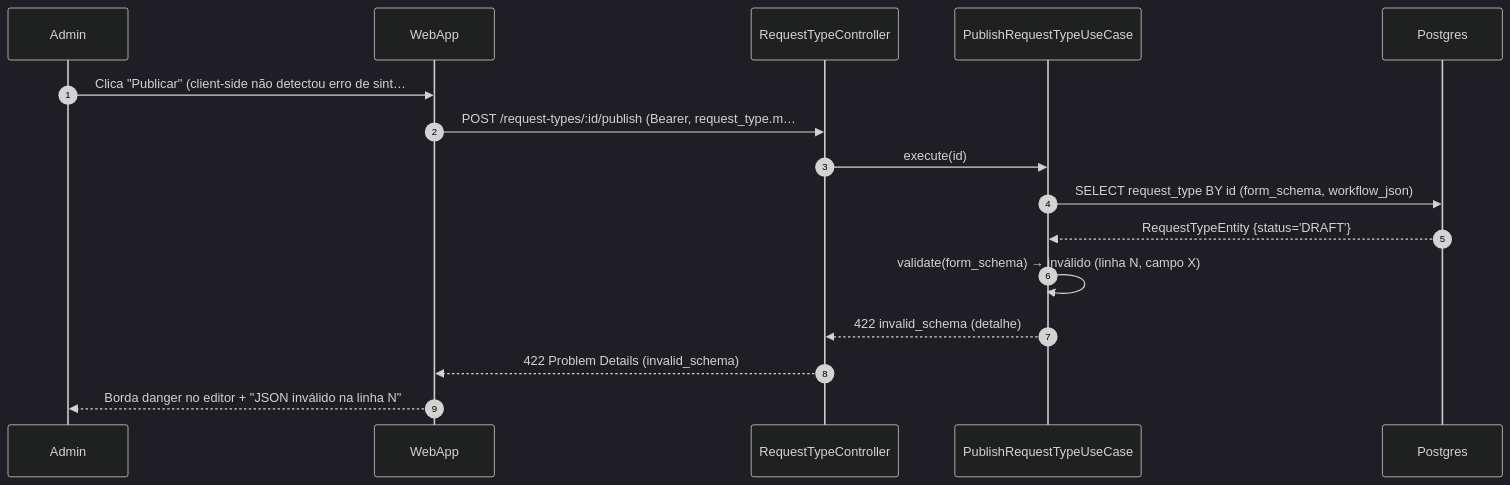
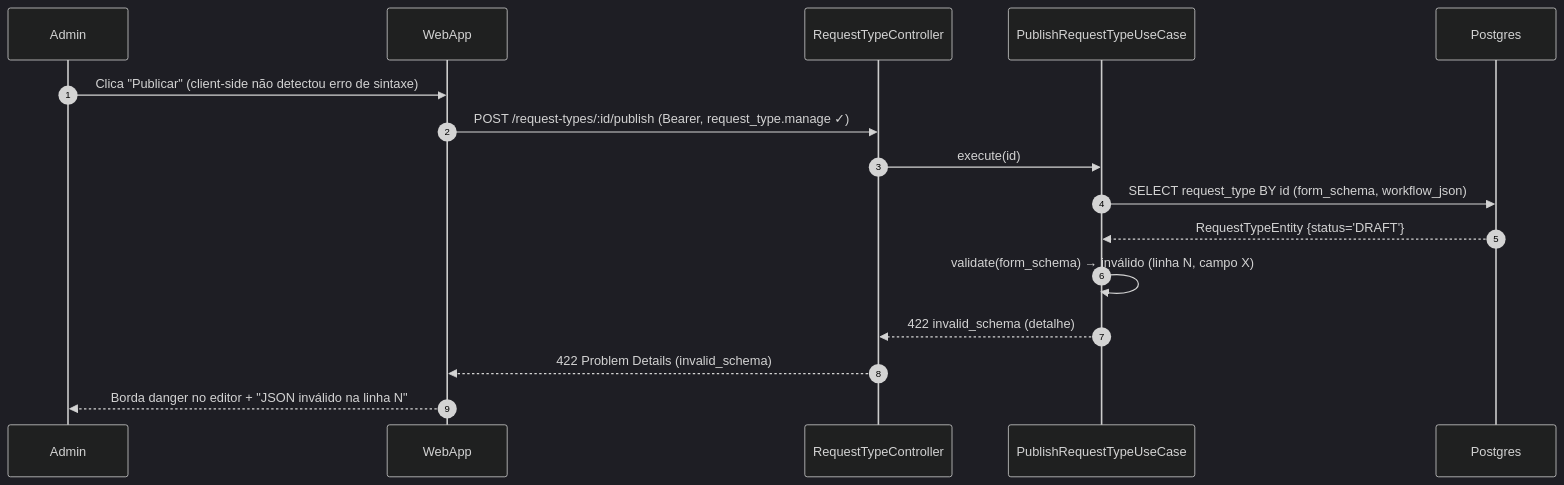
The sixth of 7 diagrams in foundationDocs/sequenceDiagrams/F7 — Admin/US-F7-003-WORKFLOW-ENGINE.md (umishell/secretariaOnline2), drawn with Mermaid (dark theme) before and after one commit. The commit also changed other lines of this file and 70 other files, not shown here.

First line of the commit message:
Enhance database documentation and introduce new schema files

````diff
--- a/foundationDocs/sequenceDiagrams/F7 — Admin/US-F7-003-WORKFLOW-ENGINE.md
+++ b/foundationDocs/sequenceDiagrams/F7 — Admin/US-F7-003-WORKFLOW-ENGINE.md
@@ -252,19 +252,19 @@
 ```mermaid
 sequenceDiagram
     autonumber
     participant Admin
     participant WebApp
     participant RTController as RequestTypeController
     participant PublishRTUC as PublishRequestTypeUseCase
     participant Postgres
 
-    Admin->>WebApp: Clica "Publicar" (client-side não detectou erro de sint…
-    WebApp->>RTController: POST /request-types/:id/publish (Bearer, request_type.m…
+    Admin->>WebApp: Clica "Publicar" (client-side não detectou erro de sintaxe)
+    WebApp->>RTController: POST /request-types/:id/publish (Bearer, request_type.manage ✓)
     RTController->>PublishRTUC: execute(id)
     PublishRTUC->>Postgres: SELECT request_type BY id (form_schema, workflow_json)
     Postgres-->>PublishRTUC: RequestTypeEntity {status='DRAFT'}
     PublishRTUC->>PublishRTUC: validate(form_schema) → inválido (linha N, campo X)
     PublishRTUC-->>RTController: 422 invalid_schema (detalhe)
     RTController-->>WebApp: 422 Problem Details (invalid_schema)
     WebApp-->>Admin: Borda danger no editor + "JSON inválido na linha N"
 ```
````
